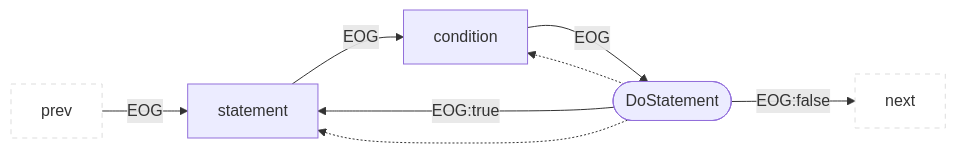
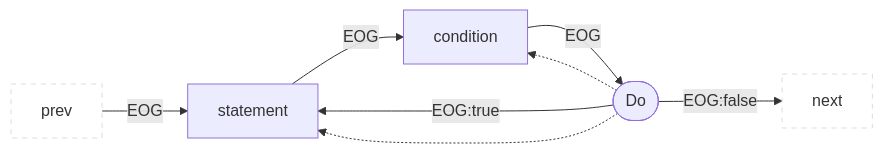
One commit to Fraunhofer-AISEC/cpg changed diagram 36 of 49 in docs/docs/CPG/specs/eog.md. Above: the diagram before and after it, drawn with Mermaid. The commit also changed other lines of this file and 99 other files, not shown here.

````diff
--- a/docs/docs/CPG/specs/eog.md
+++ b/docs/docs/CPG/specs/eog.md
@@ -709,11 +709,11 @@
 ```mermaid
 flowchart LR
   classDef outer fill:#fff,stroke:#ddd,stroke-dasharray:5 5;
   prev:::outer --EOG--> child1["statement"];
   child1 --EOG--> child2["condition"];
-  child2 --EOG--> parent(["DoStatement"]);
+  child2 --EOG--> parent(["Do"]);
   parent --EOG:false--> next:::outer
   parent --EOG:true--> child1
   parent -.-> child1
   parent -.-> child2
 ```
````
